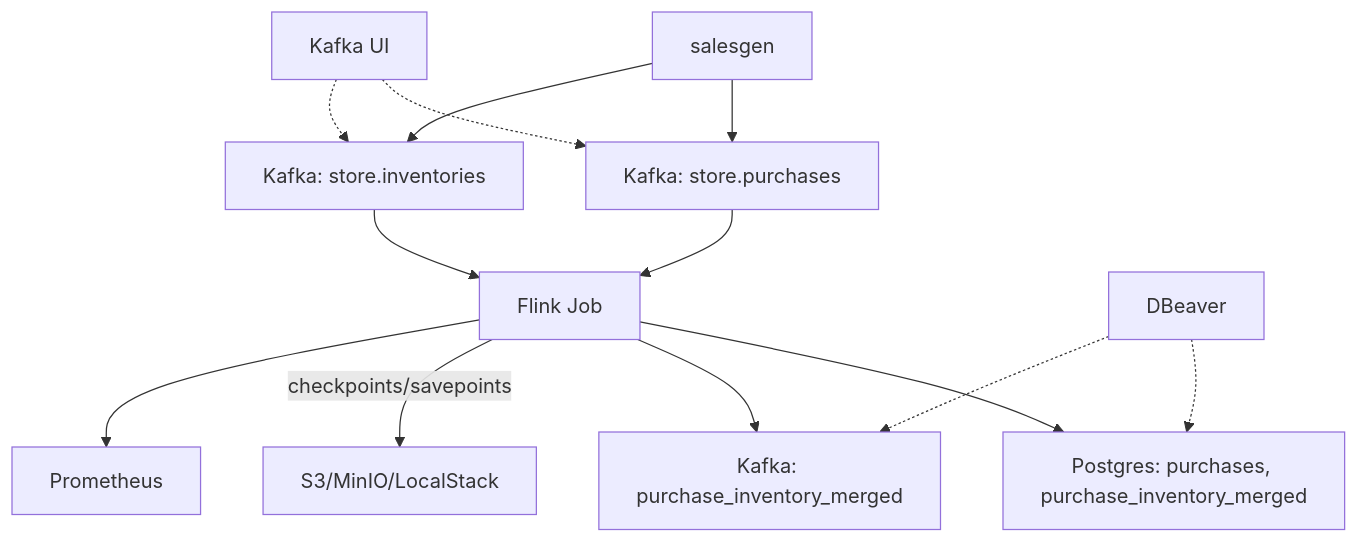
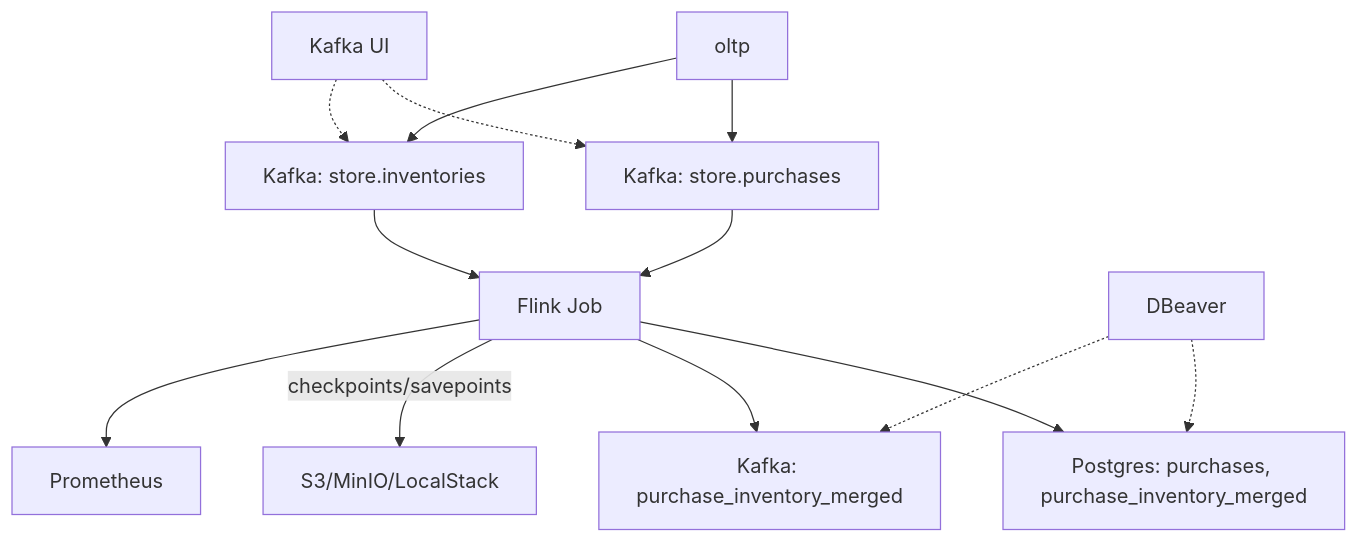
One commit to paulchen8206/Flink-on-Kubernetes-Full-Stack changed the diagram in README.md. Above: the diagram before and after it, drawn with Mermaid. The commit also changed other lines of this file and 16 other files, not shown here.

````diff
--- a/README.md
+++ b/README.md
@@ -41,15 +46,15 @@
 ```mermaid
 graph TD;
-  salesgen --> kafka_purchases["Kafka: store.purchases"];
-  salesgen --> kafka_inventories["Kafka: store.inventories"];
+  oltp --> kafka_purchases["Kafka: store.purchases"];
+  oltp --> kafka_inventories["Kafka: store.inventories"];
   kafka_purchases --> flink["Flink Job"];
   kafka_inventories --> flink;
   flink --> postgres["Postgres: purchases, purchase_inventory_merged"];
   flink --> mergedKafka["Kafka: purchase_inventory_merged"];
   flink -- "checkpoints/savepoints" --> s3["S3/MinIO/LocalStack"];
   flink --> prometheus["Prometheus"];
   kafka_ui["Kafka UI"] -.-> kafka_purchases;
   kafka_ui -.-> kafka_inventories;
   dbeaver["DBeaver"] -.-> postgres;
   dbeaver -.-> mergedKafka;
 ```
````
